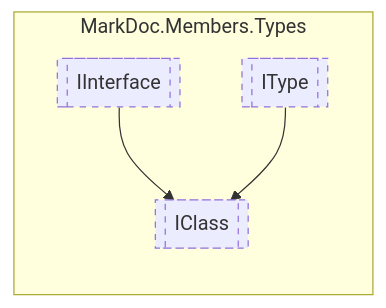
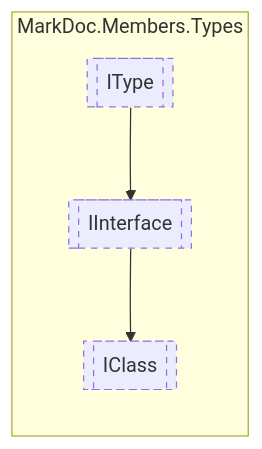
One commit to hailstorm75/ModularDoc changed the diagram in sourceWiki/markdoc/members/types/IClass.md. Above: the diagram before and after it, drawn with Mermaid. The commit also changed 20 other files, not shown here.

````diff
--- a/sourceWiki/markdoc/members/types/IClass.md
+++ b/sourceWiki/markdoc/members/types/IClass.md
@@ -7,15 +7,15 @@
 ```mermaid
   flowchart LR
   classDef interfaceStyle stroke-dasharray: 5 5;
   classDef abstractStyle stroke-width:4px
   subgraph MarkDoc.Members.Types
   MarkDoc.Members.Types.IClass[[IClass]]
   class MarkDoc.Members.Types.IClass interfaceStyle;
   MarkDoc.Members.Types.IInterface[[IInterface]]
   class MarkDoc.Members.Types.IInterface interfaceStyle;
   MarkDoc.Members.Types.IType[[IType]]
   class MarkDoc.Members.Types.IType interfaceStyle;
   end
 MarkDoc.Members.Types.IInterface --> MarkDoc.Members.Types.IClass
-MarkDoc.Members.Types.IType --> MarkDoc.Members.Types.IClass
+MarkDoc.Members.Types.IType --> MarkDoc.Members.Types.IInterface
 ```
````
